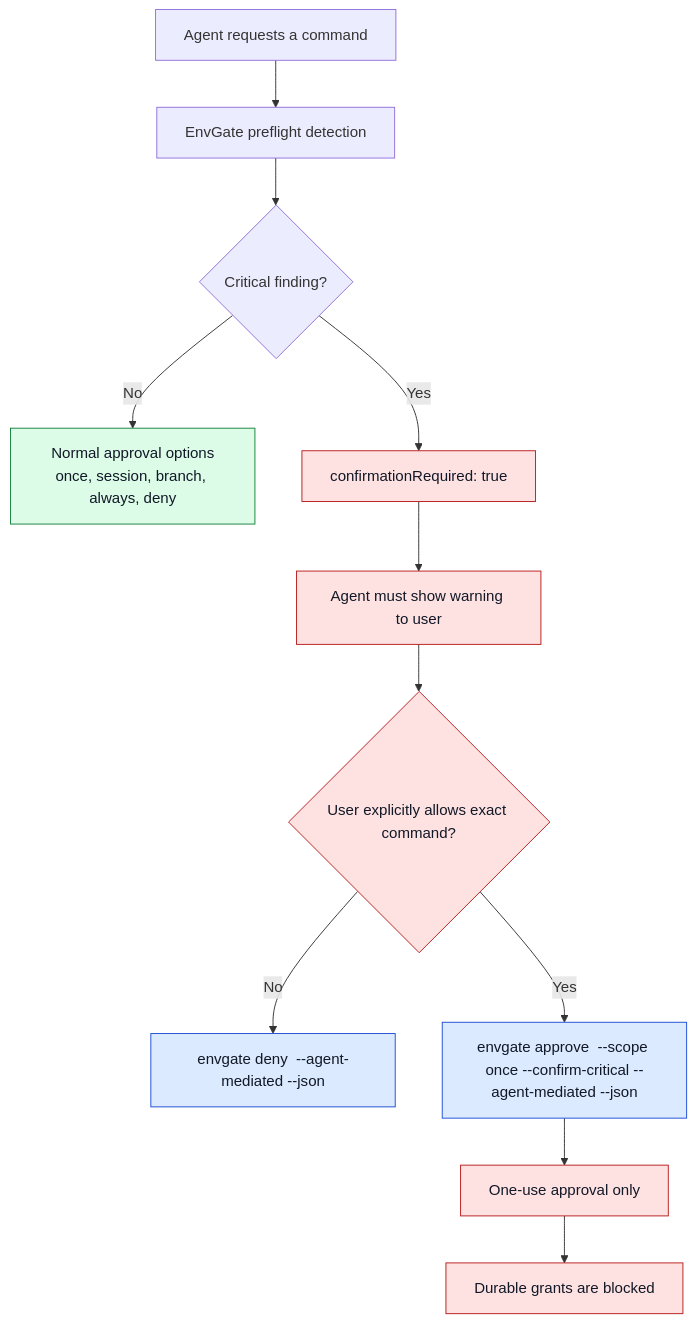
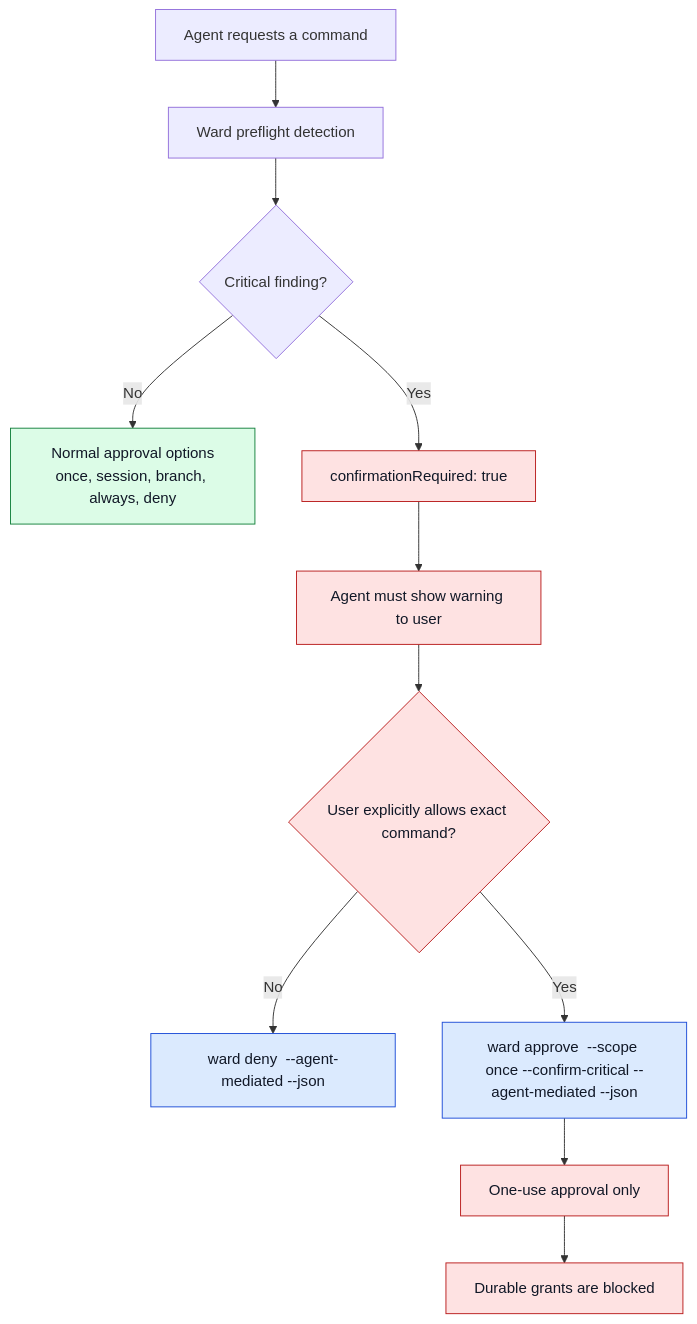
Before and after one commit to web3-claw/aiward: the seventh of 9 diagrams in docs/infographics.md, drawn with Mermaid. The commit also changed other lines of this file and 30 other files, not shown here.

First line of the commit message:
refactor: rename envgate → ward across entire codebase

````diff
--- a/docs/infographics.md
+++ b/docs/infographics.md
@@ -220,20 +220,20 @@
 ```mermaid
 flowchart TD
-    A["Agent requests a command"] --> B["EnvGate preflight detection"]
+    A["Agent requests a command"] --> B["Ward preflight detection"]
     B --> C{"Critical finding?"}
     C -->|"No"| D["Normal approval options<br/>once, session, branch, always, deny"]
     C -->|"Yes"| E["confirmationRequired: true"]
     E --> F["Agent must show warning to user"]
     F --> G{"User explicitly allows exact command?"}
-    G -->|"No"| H["envgate deny <request-id> --agent-mediated --json"]
-    G -->|"Yes"| I["envgate approve <request-id> --scope once --confirm-critical --agent-mediated --json"]
+    G -->|"No"| H["ward deny <request-id> --agent-mediated --json"]
+    G -->|"Yes"| I["ward approve <request-id> --scope once --confirm-critical --agent-mediated --json"]
     I --> J["One-use approval only"]
     J --> K["Durable grants are blocked"]
 
     classDef normal fill:#dcfce7,stroke:#15803d,color:#111827;
     classDef warning fill:#fee2e2,stroke:#b91c1c,color:#111827;
     classDef command fill:#dbeafe,stroke:#1d4ed8,color:#111827;
     class D normal;
     class E,F,G,J,K warning;
     class H,I command;
 ```
````
